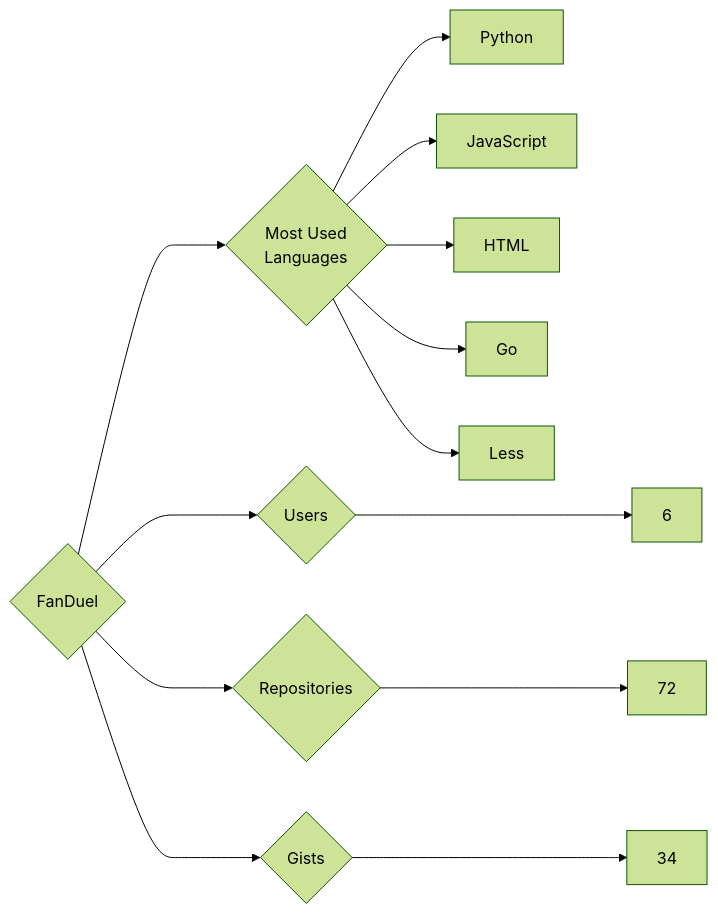
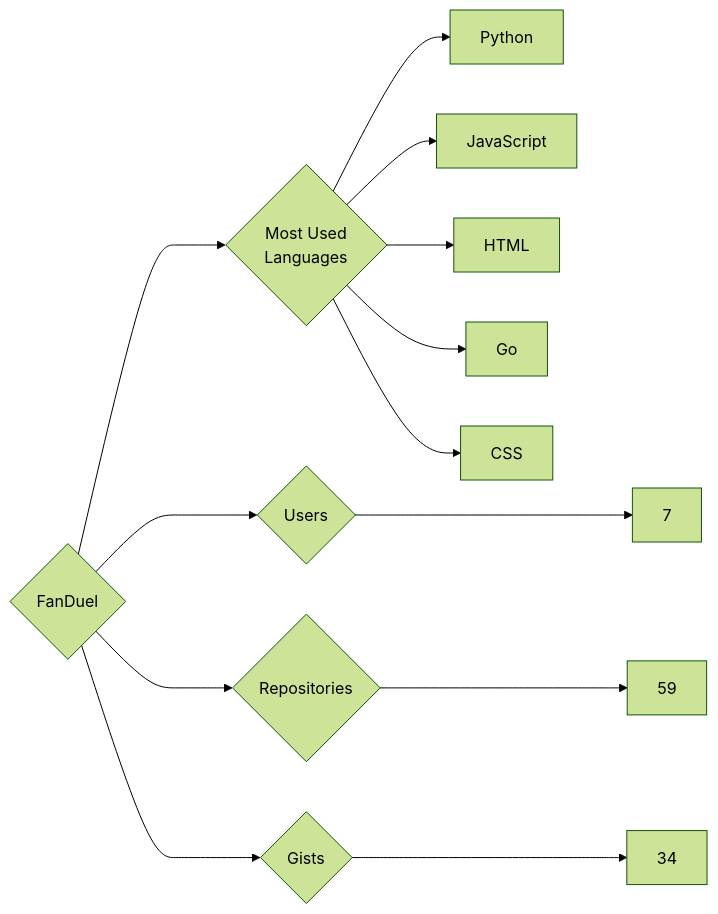
Before and after one commit to trickest/insiders: the diagram in targets/FanDuel/README.md, drawn with Mermaid (forest theme). The commit also changed 859 other files, not shown here.

````diff
--- a/targets/FanDuel/README.md
+++ b/targets/FanDuel/README.md
@@ -3,13 +3,13 @@
 ```mermaid
 graph LR
 COMPANY_NAME{FanDuel}
-COMPANY_NAME ---> U{Users} ---> UN[6]
-COMPANY_NAME ---> R{Repositories} ---> RN[72]
+COMPANY_NAME ---> U{Users} ---> UN[7]
+COMPANY_NAME ---> R{Repositories} ---> RN[59]
 COMPANY_NAME ---> G{Gists} ---> GN[34]
 COMPANY_NAME ---> ML{Most Used<br>Languages}
 ML --> Python[Python]
 ML --> JavaScript[JavaScript]
 ML --> HTML[HTML]
 ML --> Go[Go]
-ML --> Less[Less]
+ML --> CSS[CSS]
 ```
````
